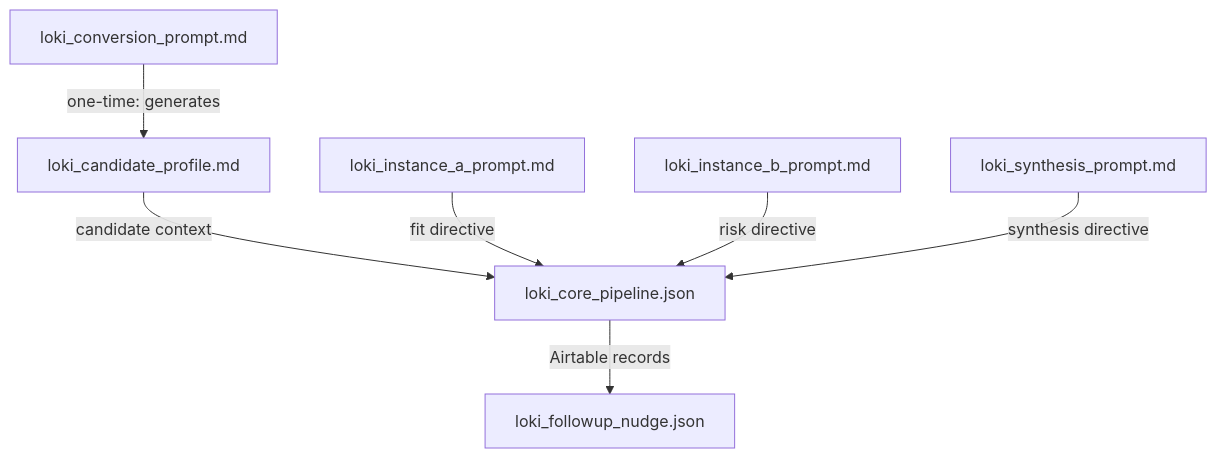
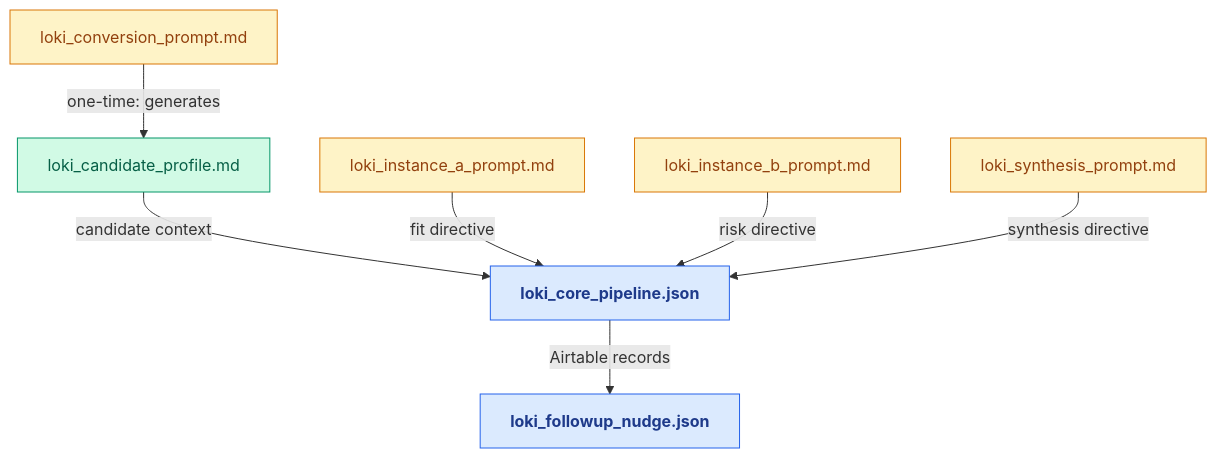
The diagram in walkthrough/README.md (rlin25/LokisWand), drawn with Mermaid before and after one commit. The commit also changed other lines of this file and 2 other files, not shown here.

Commit message:
Restyle Mermaid diagrams with classDef color coding
Apply color-coded classDef styling to both diagrams:
- Architecture diagram: amber=Claude API calls, green=Airtable, purple=Slack,
  blue=user entry, violet=follow-up state; shaped nodes (stadium for form trigger,
  cylinder for Airtable, rhombus for duplicate check)
- File flow diagram: amber=prompts, green=profile doc, blue=n8n workflows
- Added italic color-key captions below each diagram

Update 06_generate_diagrams.md with Styling section: standard 8-color palette,
classDef syntax example, node shape conventions, and hard constraint against
unstyled diagrams

````diff
--- a/walkthrough/README.md
+++ b/walkthrough/README.md
@@ -7,9 +7,21 @@
 ```mermaid
 flowchart TD
-    A["loki_conversion_prompt.md"] -->|"one-time: generates"| B["loki_candidate_profile.md"]
+    classDef prompt   fill:#FEF3C7,stroke:#D97706,color:#92400E
+    classDef profile  fill:#D1FAE5,stroke:#059669,color:#065F46
+    classDef workflow fill:#DBEAFE,stroke:#2563EB,color:#1E3A8A,font-weight:bold
+
+    A["loki_conversion_prompt.md"]:::prompt
+    B["loki_candidate_profile.md"]:::profile
+    C["loki_instance_a_prompt.md"]:::prompt
+    D["loki_instance_b_prompt.md"]:::prompt
+    F["loki_synthesis_prompt.md"]:::prompt
+    E["loki_core_pipeline.json"]:::workflow
+    G["loki_followup_nudge.json"]:::workflow
+
+    A -->|"one-time: generates"| B
     B -->|"candidate context"| E
-    C["loki_instance_a_prompt.md"] -->|"fit directive"| E
-    D["loki_instance_b_prompt.md"] -->|"risk directive"| E
-    F["loki_synthesis_prompt.md"] -->|"synthesis directive"| E
-    E["loki_core_pipeline.json"] -->|"Airtable records"| G["loki_followup_nudge.json"]
+    C -->|"fit directive"| E
+    D -->|"risk directive"| E
+    F -->|"synthesis directive"| E
+    E -->|"Airtable records"| G
 ```
````
